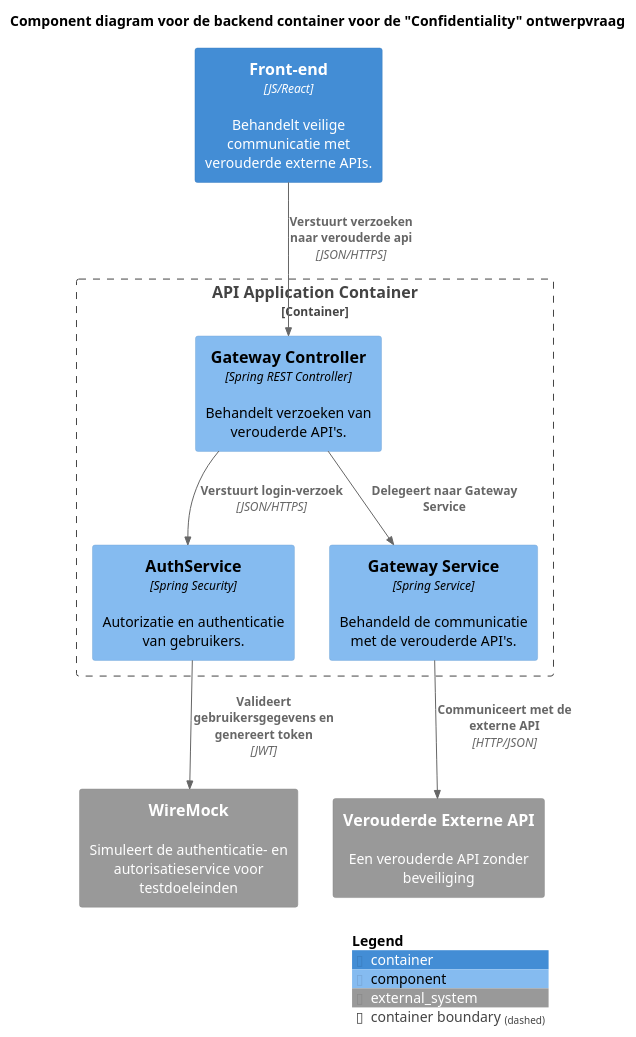
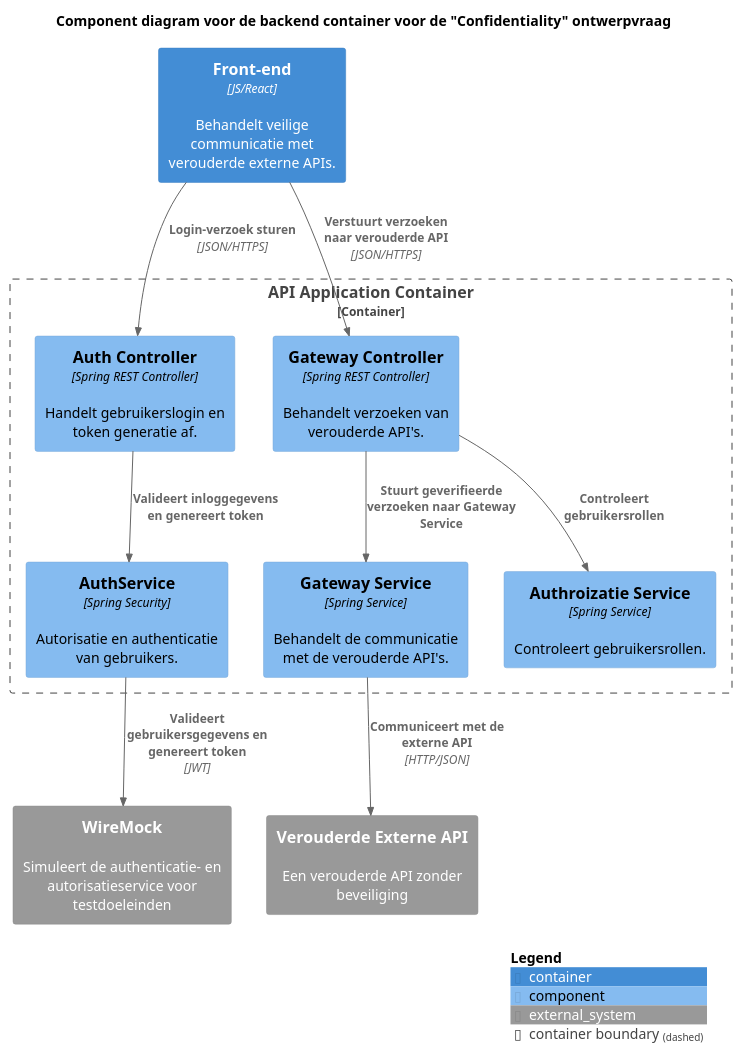
One commit to AIM-ENE-feb25/triptop-groep-b5 changed the diagram in week-2/les 3/pressure_cooker/component-diagram/ComponentDiagram.puml. Above: the diagram before and after it, drawn with PlantUML. The commit also changed 22 other files, not shown here.

Commit message:
Nieuwe diagrammen en nieuwe gefaalde code.

```diff
--- a/week-2/les 3/pressure_cooker/component-diagram/ComponentDiagram.puml
+++ b/week-2/les 3/pressure_cooker/component-diagram/ComponentDiagram.puml
@@ -1,25 +1,29 @@
 @startuml
 !include https://raw.githubusercontent.com/plantuml-stdlib/C4-PlantUML/master/C4_Component.puml
 
 title Component diagram voor de backend container voor de "Confidentiality" ontwerpvraag
 
 Container(webapp, "Front-end", "JS/React", "Behandelt veilige communicatie met verouderde externe APIs.")
 
 Container_Boundary(apiComponents, "API Application Container") {
-    Component(authService, "AuthService", "Spring Security", "Autorizatie en authenticatie van gebruikers.")
+    Component(authController, "Auth Controller", "Spring REST Controller", "Handelt gebruikerslogin en token generatie af.")
+    Component(authService, "AuthService", "Spring Security", "Autorisatie en authenticatie van gebruikers.")
     Component(controller, "Gateway Controller", "Spring REST Controller", "Behandelt verzoeken van verouderde API's.")
-    Component(service, "Gateway Service", "Spring Service", "Behandeld de communicatie met de verouderde API's.")
+    Component(authroizatieService, "Authroizatie Service", "Spring Service", "Controleert gebruikersrollen.")
+    Component(service, "Gateway Service", "Spring Service", "Behandelt de communicatie met de verouderde API's.")
 }
 
 System_Ext(wiremock, "WireMock", "Simuleert de authenticatie- en autorisatieservice voor testdoeleinden")
 System_Ext(externalApi, "Verouderde Externe API", "Een verouderde API zonder beveiliging")
 
-Rel(webapp, controller, "Verstuurt verzoeken naar verouderde api", "JSON/HTTPS")
-Rel(controller, authService, "Verstuurt login-verzoek", "JSON/HTTPS")
+Rel(webapp, authController, "Login-verzoek sturen", "JSON/HTTPS")
+Rel(authController, authService, "Valideert inloggegevens en genereert token")
 Rel(authService, wiremock, "Valideert gebruikersgegevens en genereert token", "JWT")
-Rel(controller, service, "Delegeert naar Gateway Service")
+Rel(webapp, controller, "Verstuurt verzoeken naar verouderde API", "JSON/HTTPS")
+Rel(controller, authroizatieService, "Controleert gebruikersrollen")
+Rel(controller, service, "Stuurt geverifieerde verzoeken naar Gateway Service")
 Rel(service, externalApi, "Communiceert met de externe API", "HTTP/JSON")
 
 SHOW_LEGEND()
 
 @enduml
```
